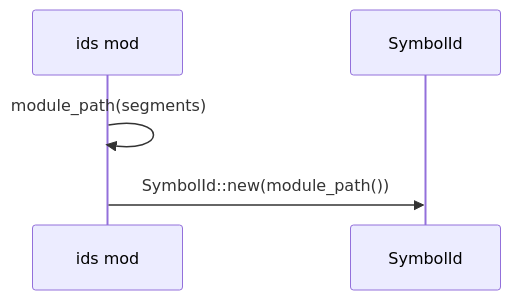
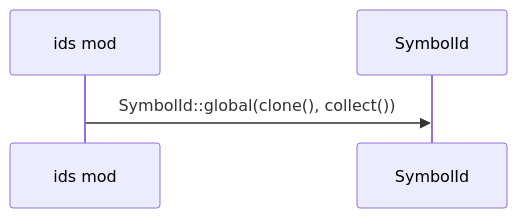
One commit to DreamLab-AI/codemaid changed the third of 8 diagrams in docs/sealmap/crates/sealmap-frontend/src/ids.rs.md. Above: the diagram before and after it, drawn with Mermaid. The commit also changed other lines of this file and 45 other files, not shown here.

First line of the commit message:
docs: regenerate the self-corpus for sym: ids and schema v2

````diff
--- a/docs/sealmap/crates/sealmap-frontend/src/ids.rs.md
+++ b/docs/sealmap/crates/sealmap-frontend/src/ids.rs.md
@@ -47,7 +60,6 @@
 ```mermaid
 sequenceDiagram
   participant sealmap_frontend__ids as ids mod
-  participant sealmap_model__symbol__SymbolId as SymbolId
-  sealmap_frontend__ids->>sealmap_frontend__ids: module_path(segments)
-  sealmap_frontend__ids->>sealmap_model__symbol__SymbolId: SymbolId::new(module_path())
+  participant sealmap_model__sym___tSymbolId as SymbolId
+  sealmap_frontend__ids->>sealmap_model__sym___tSymbolId: SymbolId::global(clone(), collect())
 ```
````
